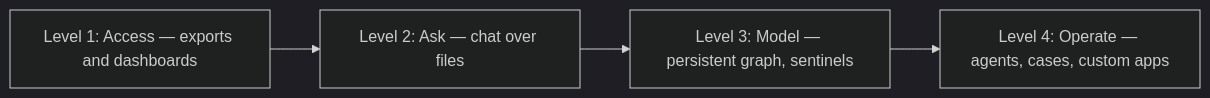
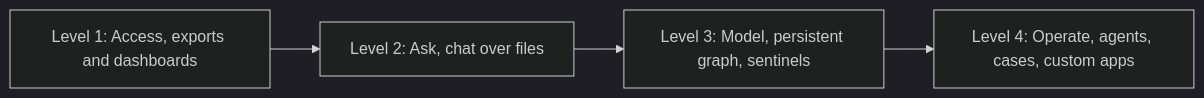
One commit to vH3-Digital/docs changed the diagram in guides/building-on-the-layer.mdx. Above: the diagram before and after it, drawn with Mermaid (dark theme). The commit also changed other lines of this file and 18 other files, not shown here.

````diff
--- a/guides/building-on-the-layer.mdx
+++ b/guides/building-on-the-layer.mdx
@@ -36,6 +36,6 @@
 ```mermaid
 flowchart LR
-    L1[Level 1: Access — exports and dashboards] --> L2[Level 2: Ask — chat over files]
-    L2 --> L3[Level 3: Model — persistent graph, sentinels]
-    L3 --> L4[Level 4: Operate — agents, cases, custom apps]
+    L1[Level 1: Access, exports and dashboards] --> L2[Level 2: Ask, chat over files]
+    L2 --> L3[Level 3: Model, persistent graph, sentinels]
+    L3 --> L4[Level 4: Operate, agents, cases, custom apps]
 ```
````
